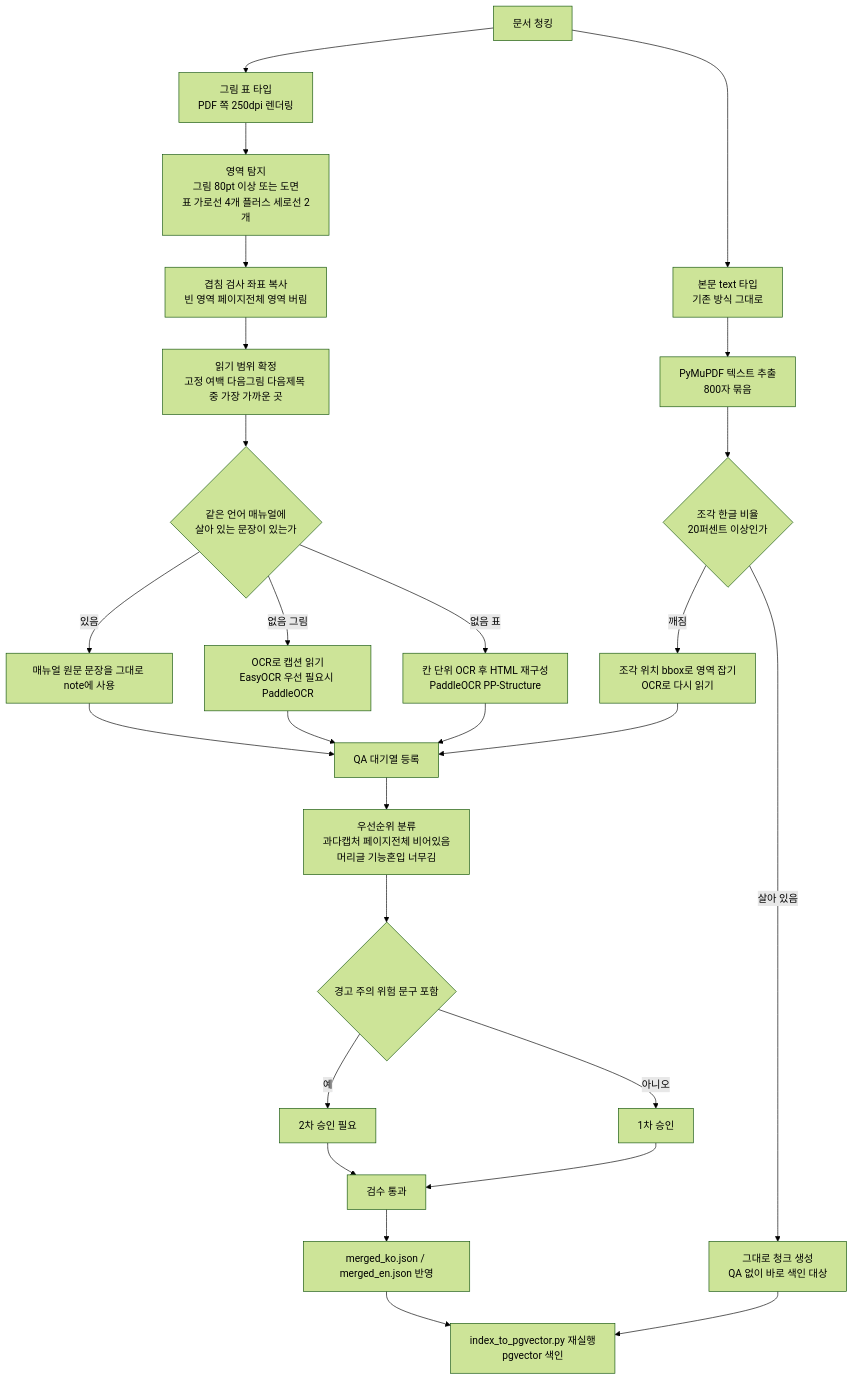
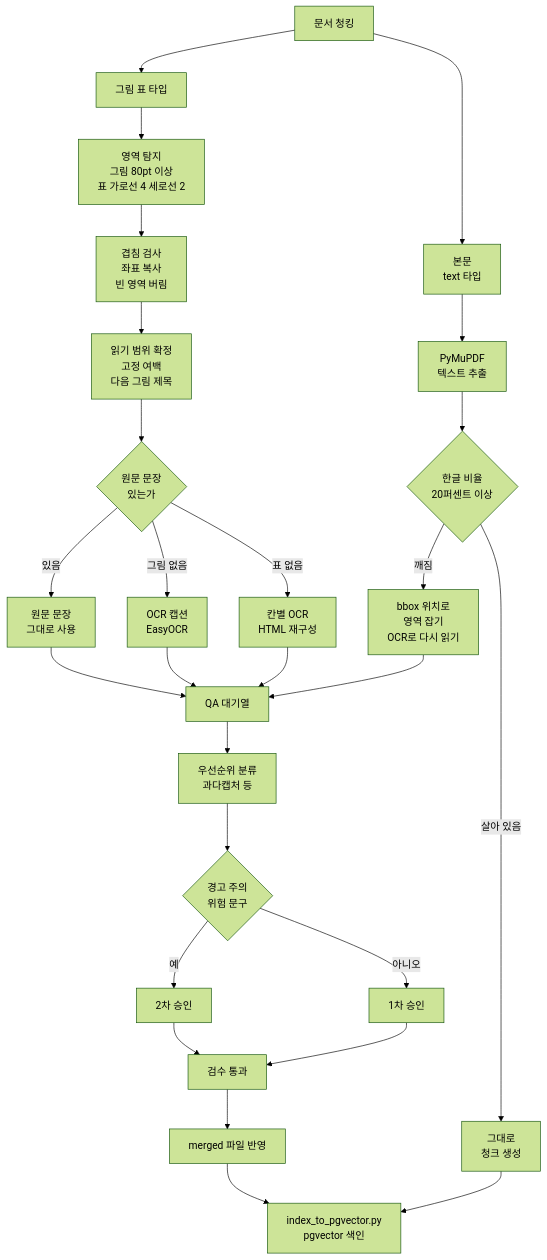
The first of 2 diagrams in docs/DEVELOPER_GUIDE_6.md (cho1203/chatbot-work), drawn with Mermaid (forest theme) before and after one commit. The commit also changed other lines of this file, not shown here.

Commit message:
docs: Update developer guide

````diff
--- a/docs/DEVELOPER_GUIDE_6.md
+++ b/docs/DEVELOPER_GUIDE_6.md
@@ -111,29 +111,29 @@
 ```mermaid
 flowchart TD
-  Z["문서 청킹"] --> Z1["본문 text 타입<br/>기존 방식 그대로"]
-  Z --> A["그림 표 타입<br/>PDF 쪽 250dpi 렌더링"]
-  Z1 --> Z2["PyMuPDF 텍스트 추출<br/>800자 묶음"]
-  Z2 --> Z4{"조각 한글 비율<br/>20퍼센트 이상인가"}
-  Z4 -->|살아 있음| Z3["그대로 청크 생성<br/>QA 없이 바로 색인 대상"]
-  Z4 -->|깨짐| Z5["조각 위치 bbox로 영역 잡기<br/>OCR로 다시 읽기"]
-  A --> B["영역 탐지<br/>그림 80pt 이상 또는 도면<br/>표 가로선 4개 플러스 세로선 2개"]
-  B --> C["겹침 검사 좌표 복사<br/>빈 영역 페이지전체 영역 버림"]
-  C --> D["읽기 범위 확정<br/>고정 여백 다음그림 다음제목 중 가장 가까운 곳"]
-  D --> E{"같은 언어 매뉴얼에<br/>살아 있는 문장이 있는가"}
-  E -->|있음| F["매뉴얼 원문 문장을 그대로 note에 사용"]
-  E -->|없음 그림| G["OCR로 캡션 읽기<br/>EasyOCR 우선 필요시 PaddleOCR"]
-  E -->|없음 표| H["칸 단위 OCR 후 HTML 재구성<br/>PaddleOCR PP-Structure"]
-  F --> I["QA 대기열 등록"]
+  Z["문서 청킹"] --> Z1["본문<br/>text 타입"]
+  Z --> A["그림 표 타입"]
+  Z1 --> Z2["PyMuPDF<br/>텍스트 추출"]
+  Z2 --> Z4{"한글 비율<br/>20퍼센트 이상"}
+  Z4 -->|살아 있음| Z3["그대로<br/>청크 생성"]
+  Z4 -->|깨짐| Z5["bbox 위치로<br/>영역 잡기<br/>OCR로 다시 읽기"]
+  A --> B["영역 탐지<br/>그림 80pt 이상<br/>표 가로선 4 세로선 2"]
+  B --> C["겹침 검사<br/>좌표 복사<br/>빈 영역 버림"]
+  C --> D["읽기 범위 확정<br/>고정 여백<br/>다음 그림 제목"]
+  D --> E{"원문 문장<br/>있는가"}
+  E -->|있음| F["원문 문장<br/>그대로 사용"]
+  E -->|그림 없음| G["OCR 캡션<br/>EasyOCR"]
+  E -->|표 없음| H["칸별 OCR<br/>HTML 재구성"]
+  F --> I["QA 대기열"]
   G --> I
   H --> I
   Z5 --> I
-  I --> J["우선순위 분류<br/>과다캡처 페이지전체 비어있음<br/>머리글 기능혼입 너무김"]
-  J --> K{"경고 주의 위험 문구 포함"}
-  K -->|예| L["2차 승인 필요"]
+  I --> J["우선순위 분류<br/>과다캡처 등"]
+  J --> K{"경고 주의<br/>위험 문구"}
+  K -->|예| L["2차 승인"]
   K -->|아니오| M["1차 승인"]
   L --> N["검수 통과"]
   M --> N
-  N --> O["merged_ko.json / merged_en.json 반영"]
-  O --> P["index_to_pgvector.py 재실행<br/>pgvector 색인"]
+  N --> O["merged 파일 반영"]
+  O --> P["index_to_pgvector.py<br/>pgvector 색인"]
   Z3 --> P
 ```
````
